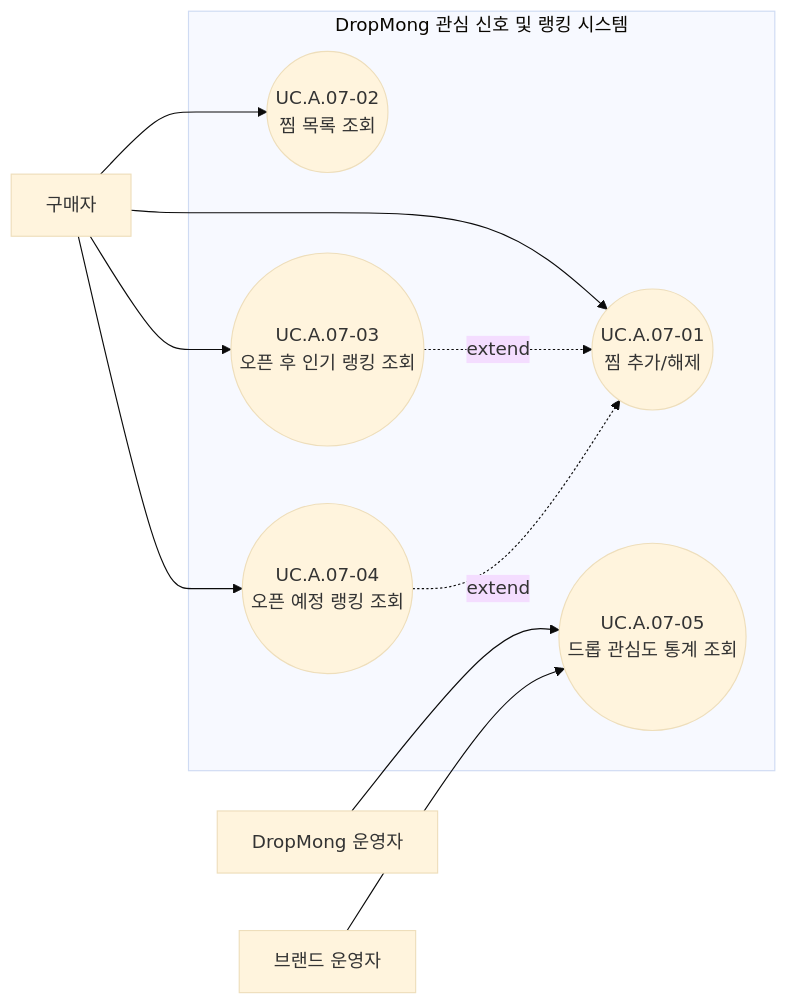
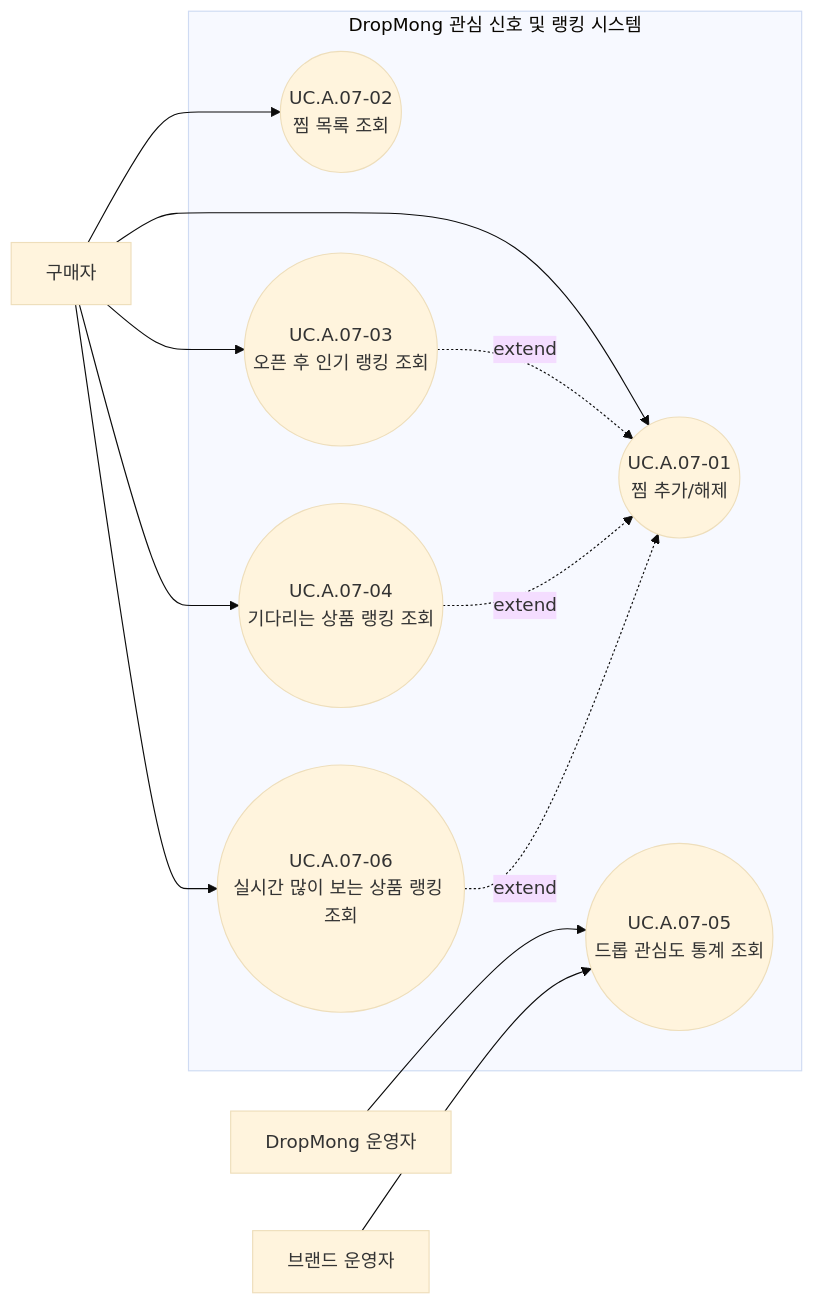
Before and after one commit to Medikong/archive: the diagram in blueprint/30-uc/UC_A_07_interest_ranking.md, drawn with Mermaid (base theme). The commit also changed other lines of this file and 41 other files, not shown here.

````diff
--- a/blueprint/30-uc/UC_A_07_interest_ranking.md
+++ b/blueprint/30-uc/UC_A_07_interest_ranking.md
@@ -36,25 +36,28 @@
 ```mermaid
 flowchart LR
     Buyer["구매자"]
     Operator["DropMong 운영자"]
     Brand["브랜드 운영자"]
 
     subgraph InterestRankingSystem["DropMong 관심 신호 및 랭킹 시스템"]
         UC0701(("UC.A.07-01<br/>찜 추가/해제"))
         UC0702(("UC.A.07-02<br/>찜 목록 조회"))
         UC0703(("UC.A.07-03<br/>오픈 후 인기 랭킹 조회"))
-        UC0704(("UC.A.07-04<br/>오픈 예정 랭킹 조회"))
+        UC0704(("UC.A.07-04<br/>기다리는 상품 랭킹 조회"))
         UC0705(("UC.A.07-05<br/>드롭 관심도 통계 조회"))
+        UC0706(("UC.A.07-06<br/>실시간 많이 보는 상품 랭킹 조회"))
     end
 
     Buyer --> UC0701
     Buyer --> UC0702
     Buyer --> UC0703
     Buyer --> UC0704
+    Buyer --> UC0706
 
     Operator --> UC0705
     Brand --> UC0705
 
     UC0703 -. "extend" .-> UC0701
     UC0704 -. "extend" .-> UC0701
+    UC0706 -. "extend" .-> UC0701
 ```
````
